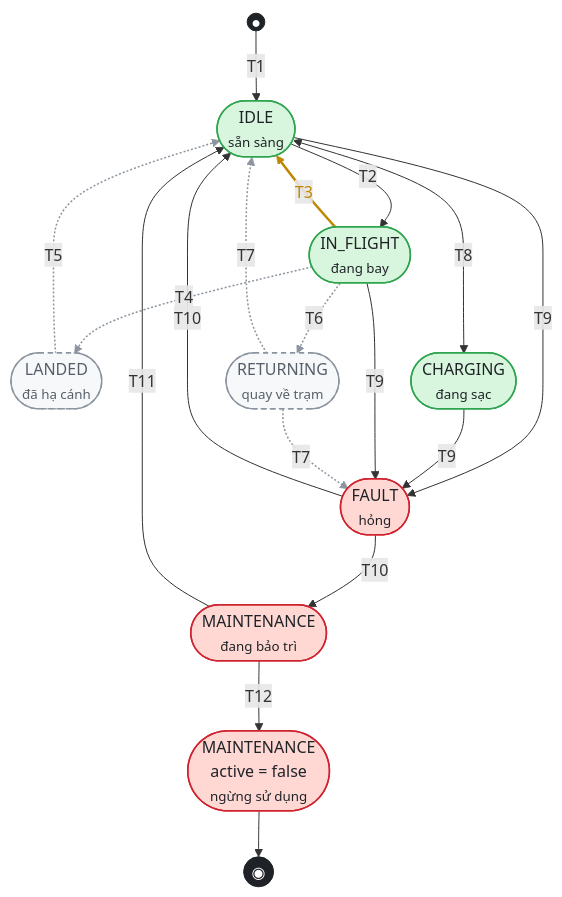
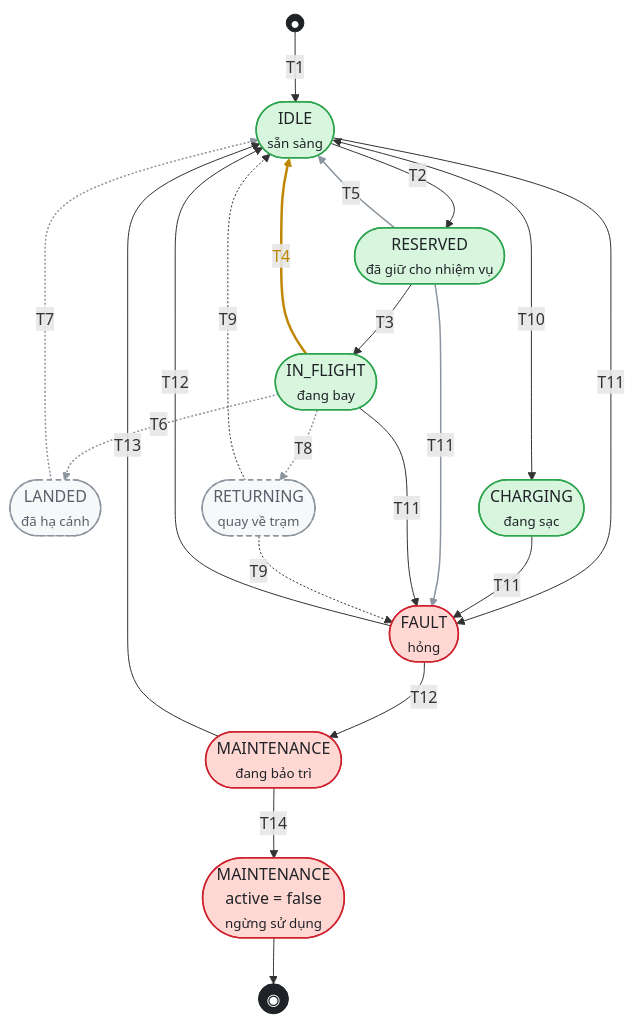
One commit to LockR-Tech/docs changed the diagram in diagrams/src/drone-status.mmd. Above: the diagram before and after it, drawn with Mermaid. The commit also changed 9 other files, not shown here.

```diff
--- a/diagrams/src/drone-status.mmd
+++ b/diagrams/src/drone-status.mmd
@@ -1,52 +1,57 @@
 %% @title Trạng thái Drone — DroneUnit.status
-%% @subtitle Nguồn: <code>locker-service/…/model/DroneStatus.java</code> · <code>LockerService.java:612-749</code> · <code>order-service/…/DroneOrderMaintenanceService.java</code> · <code>DroneDeliverySimulator.java</code> — rà soát code 2026-09-13
+%% @subtitle Nguồn: <code>locker-service/…/model/DroneStatus.java</code> · <code>LockerService.java</code> · <code>order-service/…/DroneOrderMaintenanceService.java</code> · <code>DroneDeliverySimulator.java</code> — rà soát code 2026-09-20
 %% @orientation portrait
 %% @legend <span class="sw ok"></span>Trạng thái đang có
 %% @legend <span class="sw bad"></span>Lỗi / ngưng hoạt động
 %% @legend <span class="sw gap"></span>Trạng thái cần có — CHƯA code
 %% @legend <b>━</b> đã code &nbsp;<b style="color:#bf8700">━</b> chỉ chế độ DEMO &nbsp;<b style="color:#8c959f">┅</b> CHƯA code
 %% @row T1 | ∅ → IDLE | <code>POST /api/admin/lockers/drones</code> | ADMIN | locker tồn tại, mã drone không trùng
-%% @row T2 | IDLE → IN_FLIGHT | launch đơn <code>POST /api/maintenance/drone-orders/{id}/launch</code> | MAINTENANCE | mission READY_TO_LAUNCH, pin &gt; 20%. <b>Không kiểm tra lại drone còn IDLE</b>
-%% @row !T3 | IN_FLIGHT → IDLE | <code>DroneDeliverySimulator</code> khi mission DEPOSITED | hệ thống | chỉ DEMO; <b>không guard — ghi đè cả FAULT/MAINTENANCE</b>
-%% @row ~T4 | IN_FLIGHT → LANDED | telemetry / MQTT báo hạ cánh tại locker đích | drone / iot-service | CHƯA CÓ ⇒ ở STANDARD drone kẹt IN_FLIGHT vĩnh viễn
-%% @row ~T5 | LANDED → IDLE | xác nhận đã gửi hàng vào ô DRONE | hệ thống | CHƯA CÓ
-%% @row ~T6 | IN_FLIGHT → RETURNING | abort / return-to-base | MAINTENANCE / tự động | CHƯA CÓ
-%% @row ~T7 | RETURNING → IDLE · FAULT | drone về trạm / hỏng dọc đường | hệ thống | CHƯA CÓ
-%% @row T8 | IDLE ⇄ CHARGING | <code>POST /api/maintenance/drones/{id}/status</code> | MAINTENANCE (đã claim) | rời CHARGING ghi <code>lastChargedAt</code>; không tự động
-%% @row T9 | IDLE · CHARGING · IN_FLIGHT → FAULT | cùng endpoint trên | MAINTENANCE (đã claim) | bắt buộc lý do → mở ticket. Đặt giữa chuyến <b>không huỷ mission</b>
-%% @row T10 | FAULT → MAINTENANCE · IDLE | cùng endpoint trên | MAINTENANCE (đã claim) | rời FAULT → tự đóng ticket
-%% @row T11 | MAINTENANCE → IDLE | cùng endpoint trên | MAINTENANCE (đã claim) | —
-%% @row xT12 | mọi → MAINTENANCE, active=false | <code>DELETE /api/admin/drones/{id}</code> | ADMIN | <b>không guard</b>: xoá được cả drone đang IN_FLIGHT
-%% @note Endpoint thủ công (T8–T11) thực chất cho phép <b>mọi → mọi</b>, chỉ kiểm tra giá trị hợp lệ; lưu dạng String, không enum Java, không CHECK trong DB. ADMIN web gọi endpoint này luôn lỗi <code>DRONE_OWNERSHIP_REQUIRED</code> vì web không claim drone.
-%% @note Accept không giữ chỗ drone ⇒ 1 drone nhận được 2 đơn. Luồng cũ <code>DroneDeliveryRequest</code> (dispatch/complete) còn song song, bỏ qua kiểm tra pin, không client nào gọi ⇒ nên xoá.
+%% @row T2 | IDLE → RESERVED | accept đơn <code>POST /api/maintenance/drone-orders/{id}/accept</code> | MAINTENANCE | compare-and-set có khóa DB; một drone chỉ giữ cho một mission
+%% @row T3 | RESERVED → IN_FLIGHT | launch đơn <code>POST /api/maintenance/drone-orders/{id}/launch</code> | MAINTENANCE | kiểm tra lại active, pin và pad; compare-and-set chống trạng thái thay đổi giữa chừng
+%% @row !T4 | IN_FLIGHT → IDLE | <code>DroneDeliverySimulator</code> khi mission DEPOSITED | hệ thống | chỉ DEMO; compare-and-set nên không ghi đè FAULT/MAINTENANCE
+%% @row T5 | RESERVED → IDLE | đội bay huỷ trước cất cánh | MAINTENANCE | chỉ nhả khi drone vẫn RESERVED; không ghi đè trạng thái mới hơn
+%% @row ~T6 | IN_FLIGHT → LANDED | telemetry / MQTT báo hạ cánh tại locker đích | drone / iot-service | CHƯA CÓ ⇒ ở STANDARD drone kẹt IN_FLIGHT vĩnh viễn
+%% @row ~T7 | LANDED → IDLE | xác nhận đã gửi hàng vào ô DRONE | hệ thống | CHƯA CÓ
+%% @row ~T8 | IN_FLIGHT → RETURNING | abort / return-to-base | MAINTENANCE / tự động | CHƯA CÓ
+%% @row ~T9 | RETURNING → IDLE · FAULT | drone về trạm / hỏng dọc đường | hệ thống | CHƯA CÓ
+%% @row T10 | IDLE ⇄ CHARGING | <code>POST /api/maintenance/drones/{id}/status</code> | MAINTENANCE (đã claim) | rời CHARGING ghi <code>lastChargedAt</code>; không tự động
+%% @row T11 | IDLE · CHARGING · RESERVED · IN_FLIGHT → FAULT | cùng endpoint trên | MAINTENANCE (đã claim) | bắt buộc lý do → mở ticket; trạng thái mission chưa tự chuyển FAILED
+%% @row T12 | FAULT → MAINTENANCE · IDLE | cùng endpoint trên | MAINTENANCE (đã claim) | rời FAULT → tự đóng ticket
+%% @row T13 | MAINTENANCE → IDLE | cùng endpoint trên | MAINTENANCE (đã claim) | —
+%% @row xT14 | mọi → MAINTENANCE, active=false | <code>DELETE /api/admin/drones/{id}</code> | ADMIN | <b>không guard</b>: xoá được cả drone đang IN_FLIGHT
+%% @note RESERVED và IN_FLIGHT do workflow điều phối quản lý; endpoint thủ công không được đặt hoặc thoát hai trạng thái này, ngoại trừ báo FAULT khẩn cấp.
+%% @note Luồng cũ <code>DroneDeliveryRequest</code> còn song song nhưng dispatch đã khóa bản ghi và chỉ nhận drone IDLE; không client nào gọi ⇒ nên xoá ở F1-G11.
 %%{init: {"flowchart": {"nodeSpacing": 34, "rankSpacing": 46, "padding": 8, "curve": "basis"}}}%%
 flowchart TB
     S(("●")) -->|T1| IDLE
-    IDLE(["IDLE<br/><small>sẵn sàng</small>"]) -->|T2| FLY(["IN_FLIGHT<br/><small>đang bay</small>"])
-    FLY -->|T3| IDLE
-    FLY -.->|T4| LANDED(["LANDED<br/><small>đã hạ cánh</small>"])
-    LANDED -.->|T5| IDLE
-    FLY -.->|T6| RTB(["RETURNING<br/><small>quay về trạm</small>"])
-    RTB -.->|T7| IDLE
-    IDLE <-->|T8| CHG(["CHARGING<br/><small>đang sạc</small>"])
-    IDLE -->|T9| FAULT(["FAULT<br/><small>hỏng</small>"])
-    CHG -->|T9| FAULT
-    FLY -->|T9| FAULT
-    RTB -.->|T7| FAULT
-    FAULT -->|T10| MAINT(["MAINTENANCE<br/><small>đang bảo trì</small>"])
-    FAULT -->|T10| IDLE
-    MAINT -->|T11| IDLE
-    MAINT -->|T12| DECOM(["MAINTENANCE<br/>active = false<br/><small>ngừng sử dụng</small>"])
+    IDLE(["IDLE<br/><small>sẵn sàng</small>"]) -->|T2| RES(["RESERVED<br/><small>đã giữ cho nhiệm vụ</small>"])
+    RES -->|T3| FLY(["IN_FLIGHT<br/><small>đang bay</small>"])
+    FLY -->|T4| IDLE
+    RES -->|T5| IDLE
+    FLY -.->|T6| LANDED(["LANDED<br/><small>đã hạ cánh</small>"])
+    LANDED -.->|T7| IDLE
+    FLY -.->|T8| RTB(["RETURNING<br/><small>quay về trạm</small>"])
+    RTB -.->|T9| IDLE
+    IDLE <-->|T10| CHG(["CHARGING<br/><small>đang sạc</small>"])
+    IDLE -->|T11| FAULT(["FAULT<br/><small>hỏng</small>"])
+    CHG -->|T11| FAULT
+    RES -->|T11| FAULT
+    FLY -->|T11| FAULT
+    RTB -.->|T9| FAULT
+    FAULT -->|T12| MAINT(["MAINTENANCE<br/><small>đang bảo trì</small>"])
+    FAULT -->|T12| IDLE
+    MAINT -->|T13| IDLE
+    MAINT -->|T14| DECOM(["MAINTENANCE<br/>active = false<br/><small>ngừng sử dụng</small>"])
     DECOM --> E((("◉")))
 
     classDef ok fill:#d8f5dd,stroke:#2da44e,stroke-width:1.5px,color:#1f2328
     classDef bad fill:#ffd8d3,stroke:#cf222e,stroke-width:1.5px,color:#1f2328
     classDef gap fill:#f6f8fa,stroke:#8c959f,stroke-width:1.5px,stroke-dasharray:5 4,color:#57606a
     classDef term fill:#1f2328,stroke:#1f2328,color:#ffffff
-    class IDLE,FLY,CHG ok
+    class IDLE,RES,FLY,CHG ok
     class FAULT,MAINT,DECOM bad
     class LANDED,RTB gap
     class S,E term
 
-    linkStyle 2 stroke:#bf8700,stroke-width:2.5px,color:#bf8700
-    linkStyle 3,4,5,6,11 stroke:#8c959f,stroke-width:1.5px
+    linkStyle 3 stroke:#bf8700,stroke-width:2.5px,color:#bf8700
+    linkStyle 4,5,6,7,12 stroke:#8c959f,stroke-width:1.5px
```
